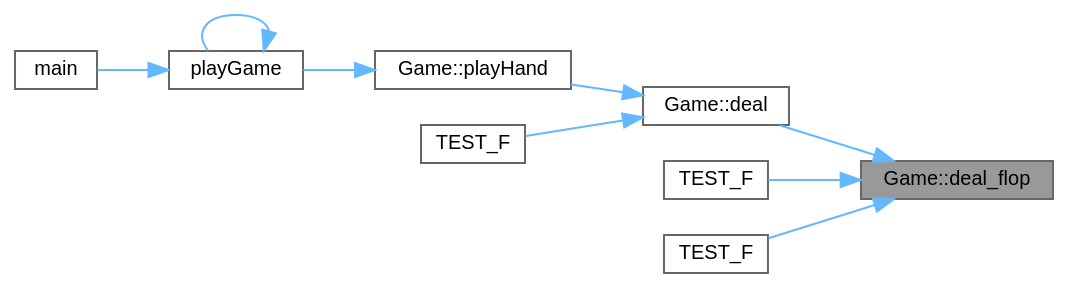
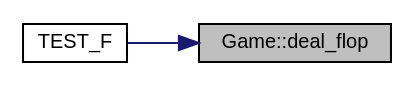
Before and after one commit to jesstyrrell/cosc345: the diagram in class_game_adc83a8bdd3819b0eab1540bf1d6dd1c0_icgraph.dot, drawn with Graphviz. The commit also changed 620 other files, not shown here.

```diff
--- a/class_game_adc83a8bdd3819b0eab1540bf1d6dd1c0_icgraph.dot
+++ b/class_game_adc83a8bdd3819b0eab1540bf1d6dd1c0_icgraph.dot
@@ -1,25 +1,11 @@
 digraph "Game::deal_flop"
 {
  // INTERACTIVE_SVG=YES
  // LATEX_PDF_SIZE
-  bgcolor="transparent";
-  edge [fontname=Helvetica,fontsize=10,labelfontname=Helvetica,labelfontsize=10];
-  node [fontname=Helvetica,fontsize=10,shape=box,height=0.2,width=0.4];
+  edge [fontname="Helvetica",fontsize="10",labelfontname="Helvetica",labelfontsize="10"];
+  node [fontname="Helvetica",fontsize="10",shape=record];
   rankdir="RL";
-  Node1 [id="Node000001",label="Game::deal_flop",height=0.2,width=0.4,color="gray40", fillcolor="grey60", style="filled", fontcolor="black",tooltip="Deals the flop (the first three community cards)."];
-  Node1 -> Node2 [id="edge1_Node000001_Node000002",dir="back",color="steelblue1",style="solid",tooltip=" "];
-  Node2 [id="Node000002",label="Game::deal",height=0.2,width=0.4,color="grey40", fillcolor="white", style="filled",URL="$class_game.html#a69a05d14810171cddd58aa1653272030",tooltip="Deals the cards to the players and the community."];
-  Node2 -> Node3 [id="edge2_Node000002_Node000003",dir="back",color="steelblue1",style="solid",tooltip=" "];
-  Node3 [id="Node000003",label="Game::playHand",height=0.2,width=0.4,color="grey40", fillcolor="white", style="filled",URL="$class_game.html#a800a564b56220d19d800fba07903070e",tooltip="Plays a single hand of poker."];
-  Node3 -> Node4 [id="edge3_Node000003_Node000004",dir="back",color="steelblue1",style="solid",tooltip=" "];
-  Node4 [id="Node000004",label="playGame",height=0.2,width=0.4,color="grey40", fillcolor="white", style="filled",URL="$main_8cpp.html#a4cbfdb17bf51e00546880626f7e80429",tooltip=" "];
-  Node4 -> Node5 [id="edge4_Node000004_Node000005",dir="back",color="steelblue1",style="solid",tooltip=" "];
-  Node5 [id="Node000005",label="main",height=0.2,width=0.4,color="grey40", fillcolor="white", style="filled",URL="$main_8cpp.html#a0ddf1224851353fc92bfbff6f499fa97",tooltip=" "];
-  Node4 -> Node4 [id="edge5_Node000004_Node000004",dir="back",color="steelblue1",style="solid",tooltip=" "];
-  Node2 -> Node6 [id="edge6_Node000002_Node000006",dir="back",color="steelblue1",style="solid",tooltip=" "];
-  Node6 [id="Node000006",label="TEST_F",height=0.2,width=0.4,color="grey40", fillcolor="white", style="filled",URL="$test___game_8cc.html#aee93fcc3f5c41e35ae8711c8621089ee",tooltip=" "];
-  Node1 -> Node7 [id="edge7_Node000001_Node000007",dir="back",color="steelblue1",style="solid",tooltip=" "];
-  Node7 [id="Node000007",label="TEST_F",height=0.2,width=0.4,color="grey40", fillcolor="white", style="filled",URL="$test___game_8cc.html#a10077f84f75dfa4951439b27d300d709",tooltip=" "];
-  Node1 -> Node8 [id="edge8_Node000001_Node000008",dir="back",color="steelblue1",style="solid",tooltip=" "];
-  Node8 [id="Node000008",label="TEST_F",height=0.2,width=0.4,color="grey40", fillcolor="white", style="filled",URL="$test___game_8cc.html#a9e46c3cdb694f3e8acbdae3b7594f206",tooltip=" "];
+  Node1 [label="Game::deal_flop",height=0.2,width=0.4,color="black", fillcolor="grey75", style="filled", fontcolor="black",tooltip="Deals the flop (the first three community cards)."];
+  Node1 -> Node2 [dir="back",color="midnightblue",fontsize="10",style="solid",fontname="Helvetica"];
+  Node2 [label="TEST_F",height=0.2,width=0.4,color="black", fillcolor="white", style="filled",URL="$test___game_8cc.html#a10077f84f75dfa4951439b27d300d709",tooltip=" "];
 }
```
